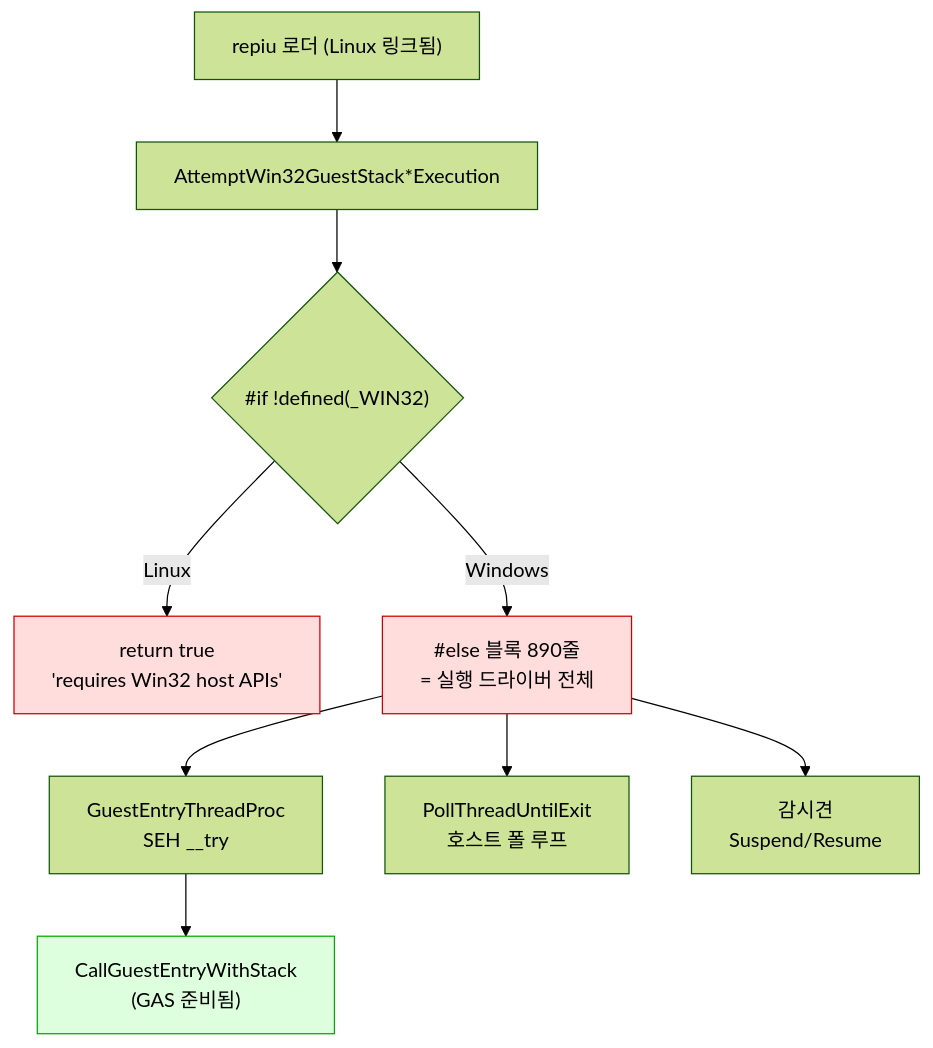
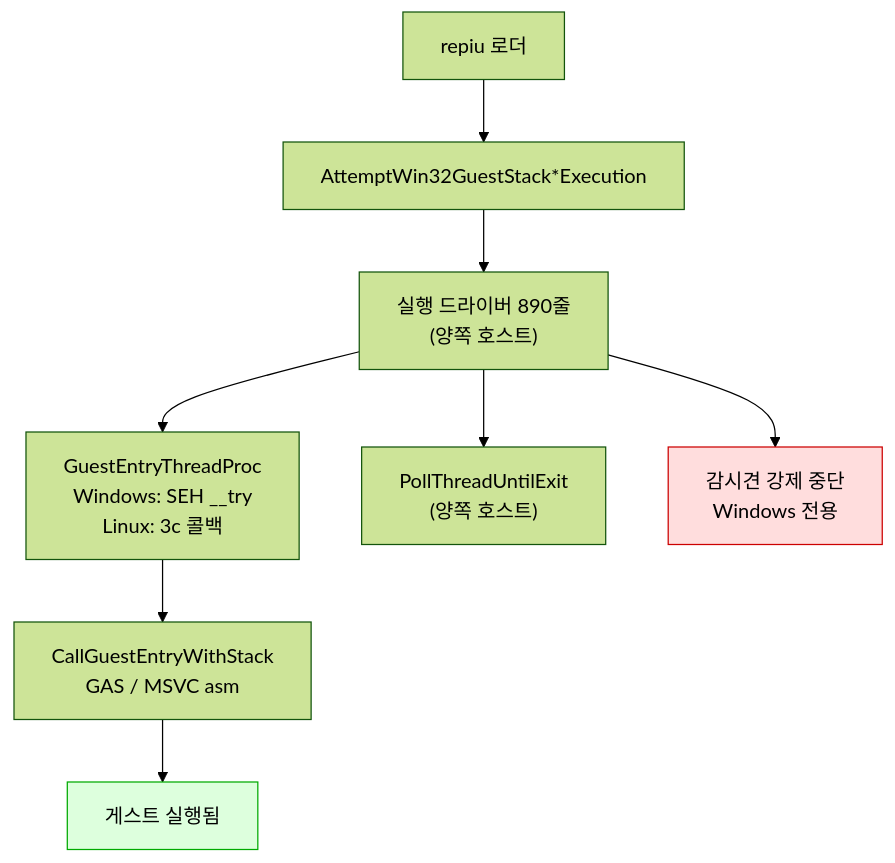
The first of 2 diagrams in docs/analysis/linux-port-frontier.md (nworkers/rePIU), drawn with Mermaid (forest theme) before and after one commit. The commit also changed other lines of this file and 13 other files, not shown here.

````diff
--- a/docs/analysis/linux-port-frontier.md
+++ b/docs/analysis/linux-port-frontier.md
@@ -49,14 +53,12 @@
 ```mermaid
 flowchart TD
-    A["repiu 로더 (Linux 링크됨)"] --> B["AttemptWin32GuestStack*Execution"]
-    B --> C{"#if !defined(_WIN32)"}
-    C -->|Linux| D["return true<br/>'requires Win32 host APIs'"]
-    C -->|Windows| E["#else 블록 890줄<br/>= 실행 드라이버 전체"]
-    E --> F["GuestEntryThreadProc<br/>SEH __try"]
-    E --> G["PollThreadUntilExit<br/>호스트 폴 루프"]
-    E --> H["감시견<br/>Suspend/Resume"]
-    F --> I["CallGuestEntryWithStack<br/>(GAS 준비됨)"]
-    style D fill:#fdd,stroke:#c00
-    style E fill:#fdd,stroke:#c00
-    style I fill:#dfd,stroke:#0a0
+    A["repiu 로더"] --> B["AttemptWin32GuestStack*Execution"]
+    B --> C["실행 드라이버 890줄<br/>(양쪽 호스트)"]
+    C --> D["GuestEntryThreadProc<br/>Windows: SEH __try<br/>Linux: 3c 콜백"]
+    C --> E["PollThreadUntilExit<br/>(양쪽 호스트)"]
+    C --> F["감시견 강제 중단<br/>Windows 전용"]
+    D --> G["CallGuestEntryWithStack<br/>GAS / MSVC asm"]
+    G --> H["게스트 실행됨"]
+    style H fill:#dfd,stroke:#0a0
+    style F fill:#fdd,stroke:#c00
 ```
````
